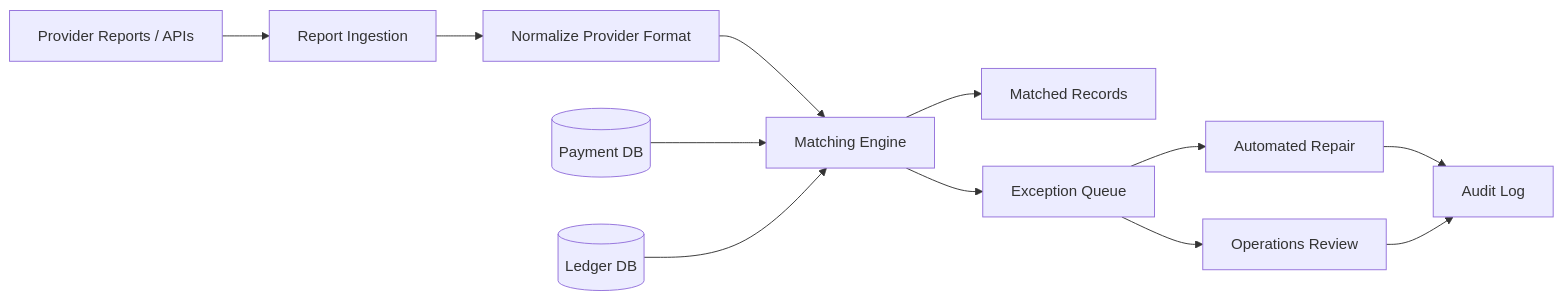
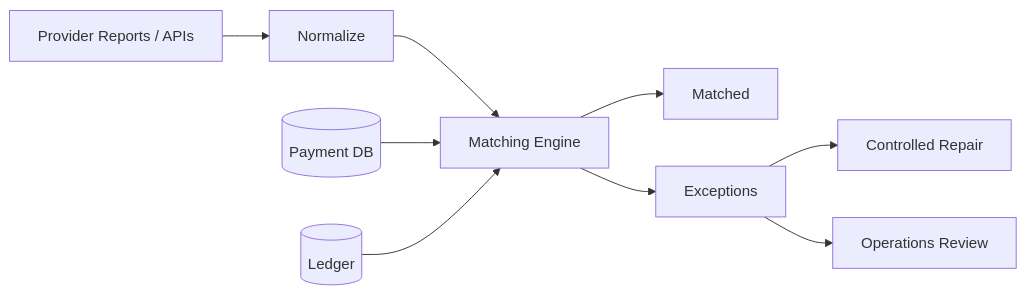
The sixth of 6 diagrams in src/content/system-design/payment-system.md (AvadhBhalodiya/Interview-Preparation), drawn with Mermaid before and after one commit. The commit also changed other lines of this file and 54 other files, not shown here.

````diff
--- a/src/content/system-design/payment-system.md
+++ b/src/content/system-design/payment-system.md
@@ -1278,14 +477,13 @@
 ```mermaid
 flowchart LR
-    Provider[Provider Reports / APIs] --> Ingest[Report Ingestion]
-    Ingest --> Normalize[Normalize Provider Format]
-    Normalize --> Match[Matching Engine]
-    Payments[(Payment DB)] --> Match
-    Ledger[(Ledger DB)] --> Match
-    Match --> Matched[Matched Records]
-    Match --> Exceptions[Exception Queue]
-    Exceptions --> AutoRepair[Automated Repair]
-    Exceptions --> Ops[Operations Review]
-    AutoRepair --> Audit[Audit Log]
-    Ops --> Audit
+    PSP[Provider Reports / APIs] --> N[Normalize]
+    N --> Match[Matching Engine]
+
+    P[(Payment DB)] --> Match
+    L[(Ledger)] --> Match
+
+    Match --> OK[Matched]
+    Match --> X[Exceptions]
+    X --> Repair[Controlled Repair]
+    X --> Ops[Operations Review]
 ```
````
